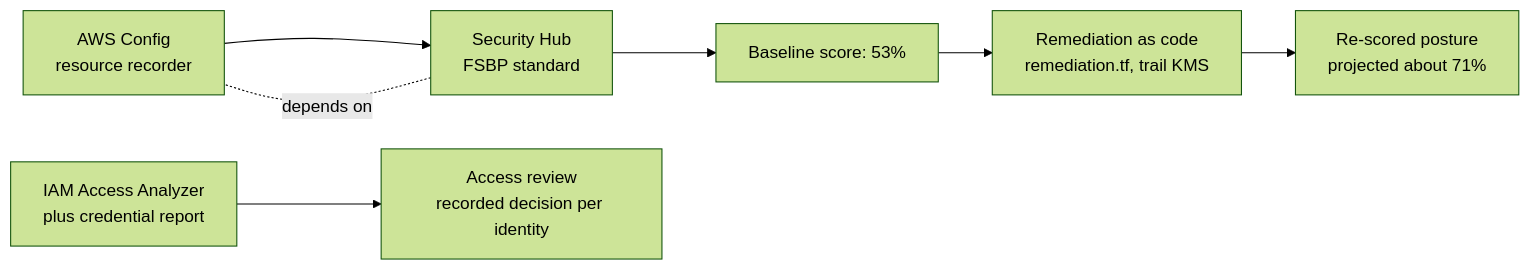
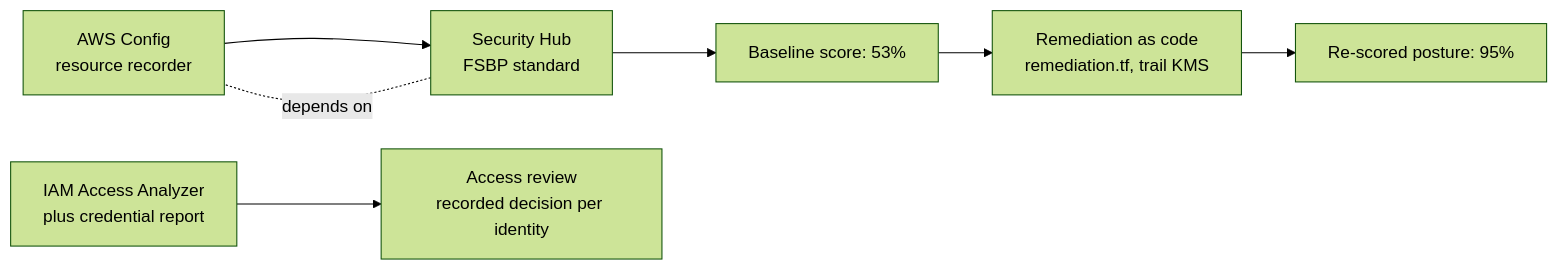
One commit to Amitdeb00731/cloud-iam-lab-aws changed the diagram in docs/05-posture.md. Above: the diagram before and after it, drawn with Mermaid (forest theme). The commit also changed other lines of this file and 7 other files, not shown here.

````diff
--- a/docs/05-posture.md
+++ b/docs/05-posture.md
@@ -10,14 +10,14 @@
 ```mermaid
 flowchart LR
   CONFIG["AWS Config<br/>resource recorder"]
   SH["Security Hub<br/>FSBP standard"]
   AA["IAM Access Analyzer<br/>plus credential report"]
   BASE["Baseline score: 53%"]
   FIX["Remediation as code<br/>remediation.tf, trail KMS"]
-  AFTER["Re-scored posture<br/>projected about 71%"]
+  AFTER["Re-scored posture: 95%"]
   REVIEW["Access review<br/>recorded decision per identity"]
 
   CONFIG --> SH --> BASE --> FIX --> AFTER
   AA --> REVIEW
   SH -. "depends on" .- CONFIG
 ```
````
